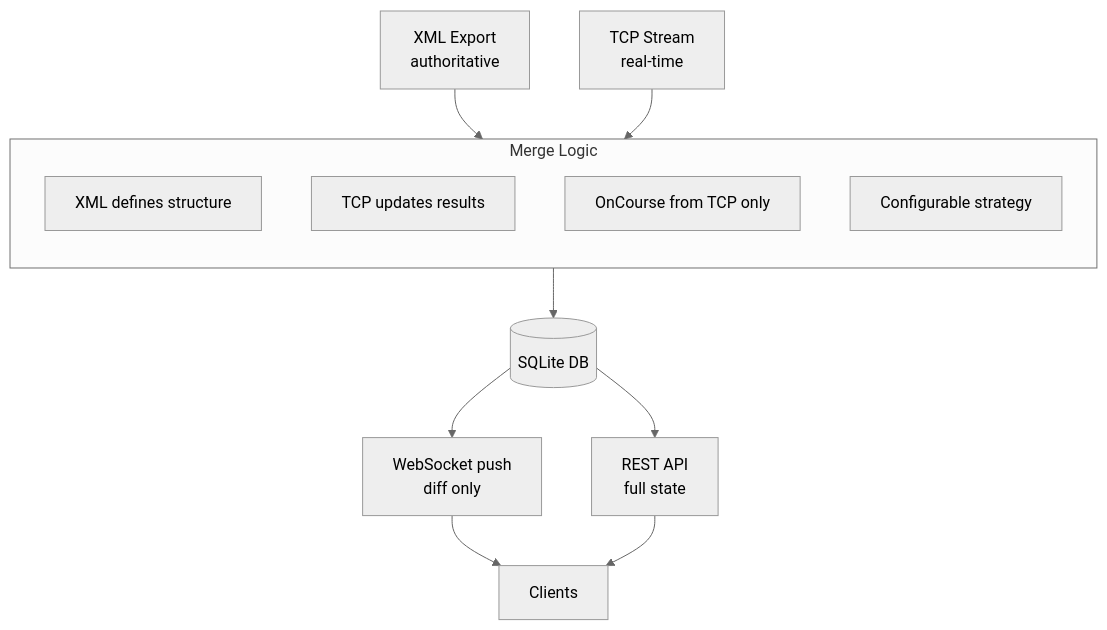
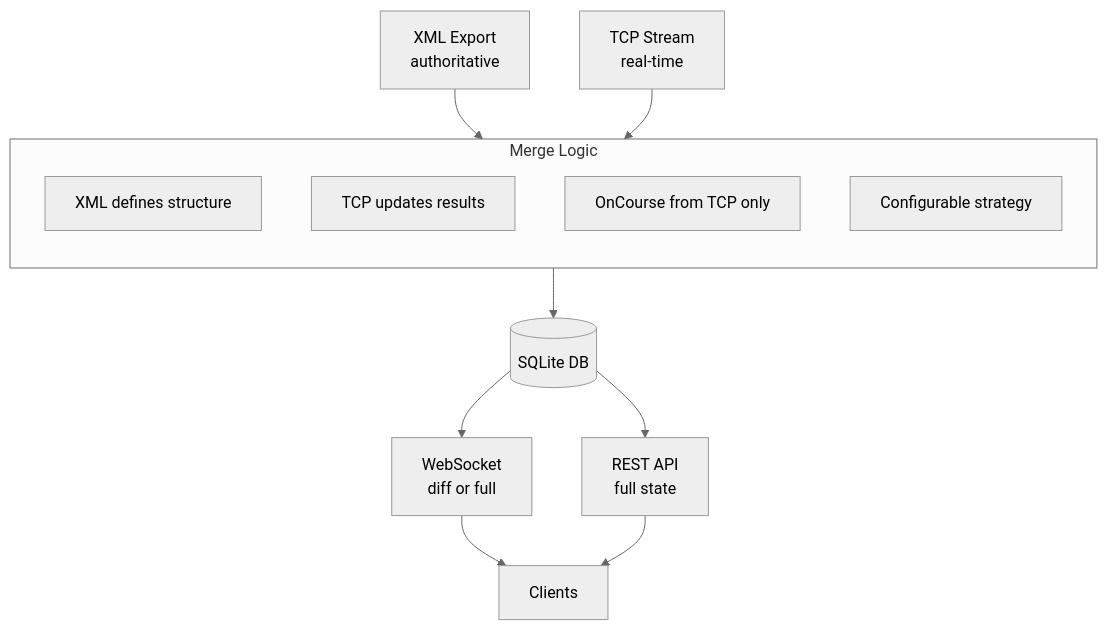
The second of 5 diagrams in docs/ARCHITECTURE.md (OpenCanoeTiming/c123-live-mini), drawn with Mermaid (neutral theme) before and after one commit. The commit also changed other lines of this file and 1 other file, not shown here.

````diff
--- a/docs/ARCHITECTURE.md
+++ b/docs/ARCHITECTURE.md
@@ -40,19 +40,19 @@
 ```mermaid
 flowchart TB
     XML[XML Export<br/>authoritative] --> MERGE
     TCP[TCP Stream<br/>real-time] --> MERGE
 
     subgraph MERGE[Merge Logic]
         direction TB
         M1[XML defines structure]
         M2[TCP updates results]
         M3[OnCourse from TCP only]
         M4[Configurable strategy]
     end
 
     MERGE --> DB[(SQLite DB)]
-    DB --> WS[WebSocket push<br/>diff only]
+    DB --> WS[WebSocket<br/>diff or full]
     DB --> REST[REST API<br/>full state]
     WS --> CLIENTS[Clients]
     REST --> CLIENTS
 ```
````
